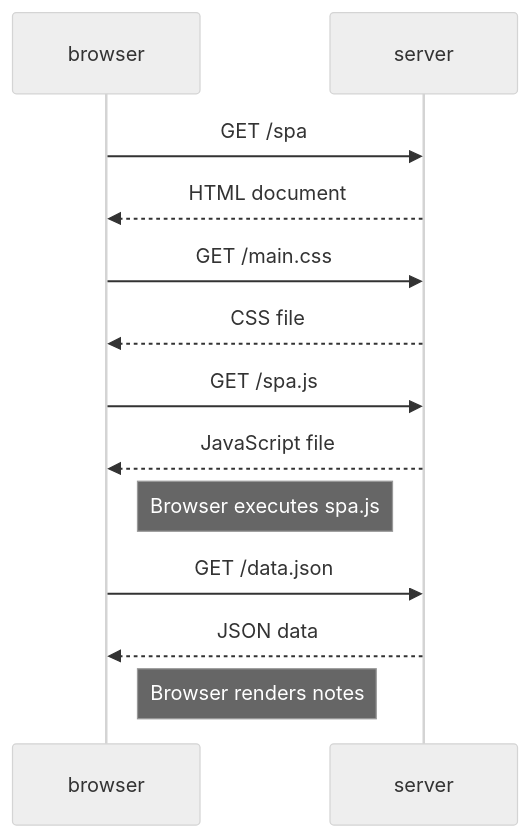
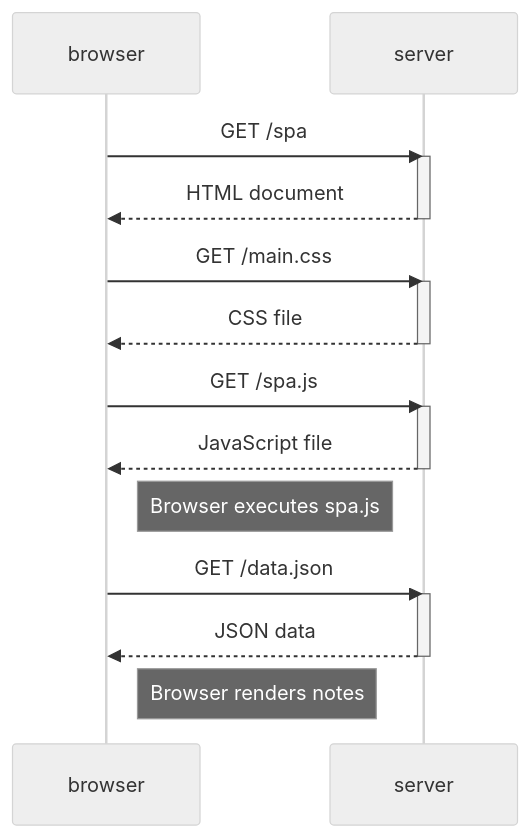
Before and after one commit to sudas098/fullstackopen: the diagram in part0/0.5.md, drawn with Mermaid (neutral theme).

````diff
--- a/part0/0.5.md
+++ b/part0/0.5.md
@@ -1,21 +1,29 @@
 ```mermaid
 sequenceDiagram
     participant browser
     participant server
 
     browser->>server: GET /spa
+    activate server
     server-->>browser: HTML document
+    deactivate server
 
     browser->>server: GET /main.css
+    activate server
     server-->>browser: CSS file
+    deactivate server
 
     browser->>server: GET /spa.js
+    activate server
     server-->>browser: JavaScript file
+    deactivate server
 
     Note right of browser: Browser executes spa.js
 
     browser->>server: GET /data.json
+    activate server
     server-->>browser: JSON data
+    deactivate server
 
     Note right of browser: Browser renders notes
 ```
````
